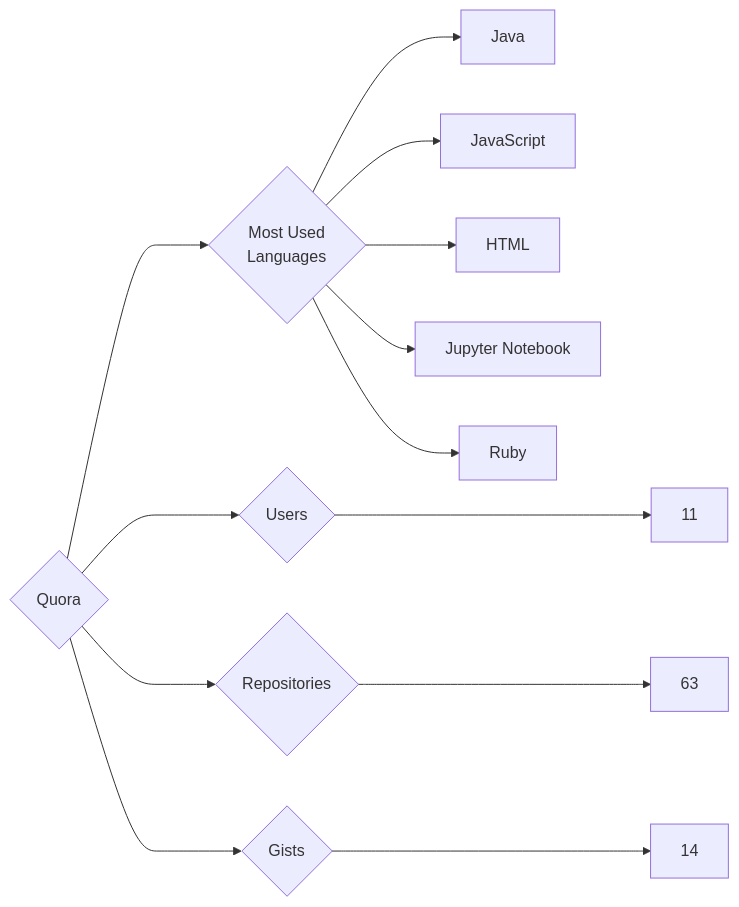
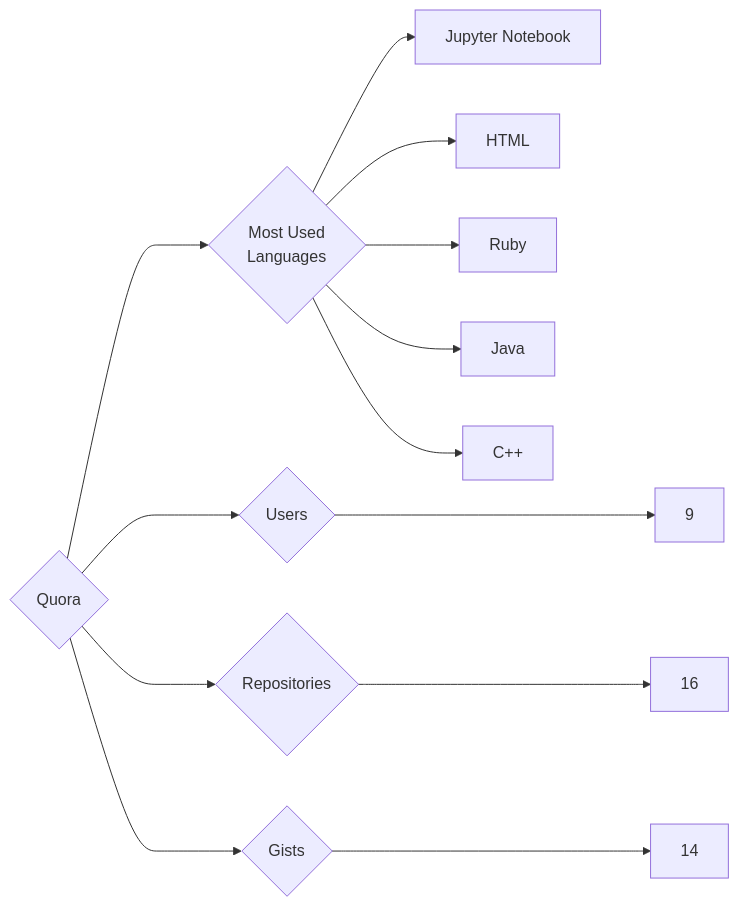
One commit to trickest/insiders changed the diagram in targets/Quora/README.md. Above: the diagram before and after it, drawn with Mermaid. The commit also changed 582 other files, not shown here.

````diff
--- a/targets/Quora/README.md
+++ b/targets/Quora/README.md
@@ -3,13 +3,13 @@
 ```mermaid
 graph LR
 COMPANY_NAME{Quora}
-COMPANY_NAME ---> U{Users} ---> UN[11]
-COMPANY_NAME ---> R{Repositories} ---> RN[63]
+COMPANY_NAME ---> U{Users} ---> UN[9]
+COMPANY_NAME ---> R{Repositories} ---> RN[16]
 COMPANY_NAME ---> G{Gists} ---> GN[14]
 COMPANY_NAME ---> ML{Most Used<br>Languages}
+ML --> Jupyter_Notebook[Jupyter Notebook]
+ML --> HTML[HTML]
+ML --> Ruby[Ruby]
 ML --> Java[Java]
-ML --> JavaScript[JavaScript]
-ML --> HTML[HTML]
-ML --> Jupyter_Notebook[Jupyter Notebook]
-ML --> Ruby[Ruby]
+ML --> C++[C++]
 ```
````
